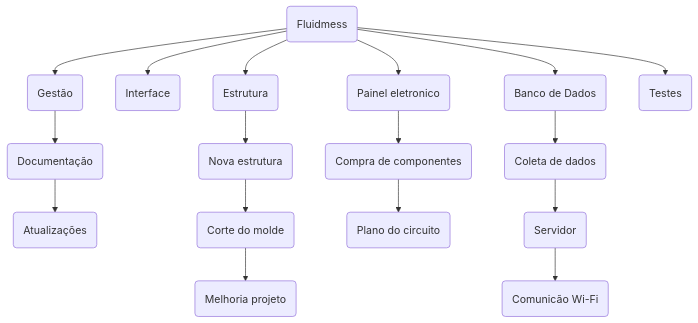
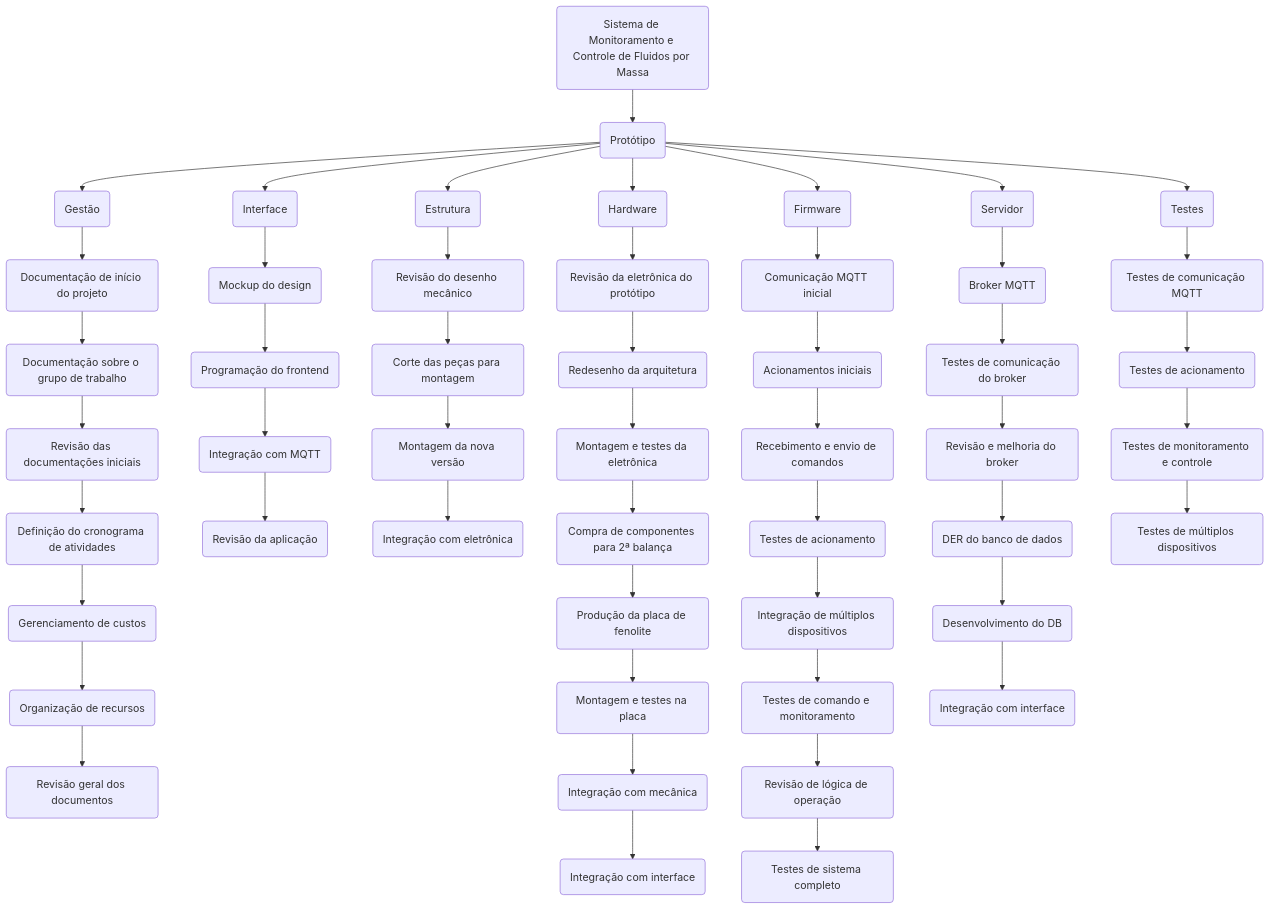
Before and after one commit to marcilioc/fluidmess: the diagram in gestao/04_EAP.md, drawn with Mermaid.

Commit message:
Revisão da EAP

````diff
--- a/gestao/04_EAP.md
+++ b/gestao/04_EAP.md
@@ -1,47 +1,118 @@
 ```mermaid
 graph TD;
-    A(Fluidmess)
+    A(Sistema de Monitoramento e Controle de Fluidos por Massa)
+    A1(Protótipo)
 
     B(Gestão)
-    B1(Documentação)
-    B2(Atualizações)
+    B1(Documentação de início do projeto)
+    B2(Documentação sobre o grupo de trabalho)
+    B3(Revisão das documentações iniciais)
+    B4(Definição do cronograma de atividades)
+    B5(Gerenciamento de custos)
+    B6(Organização de recursos)
+    B7(Revisão geral dos documentos)
 
     C(Interface)
+    C1(Mockup do design)
+    C2(Programação do frontend)
+    C3(Integração com MQTT)
+    C4(Revisão da aplicação)
 
     D(Estrutura)
-    D1(Nova estrutura)
-    D2(Corte do molde)
-    D3(Melhoria projeto)
+    D1(Revisão do desenho mecânico)
+    D2(Corte das peças para montagem)
+    D3(Montagem da nova versão)
+    D4(Integração com eletrônica)
 
-    E(Painel eletronico)
-    E1(Compra de componentes)
-    E2(Plano do circuito)
+    E(Hardware)
+    E1(Revisão da eletrônica do protótipo)
+    E2(Redesenho da arquitetura)
+    E3(Montagem e testes da eletrônica)
+    E4(Compra de componentes para 2ª balança)
+    E5(Produção da placa de fenolite)
+    E6(Montagem e testes na placa)
+    E7(Integração com mecânica)
+    E8(Integração com interface)
 
-    F(Banco de Dados)
-    F1(Coleta de dados)
-    F2(Servidor)
-    F3(Comunicão Wi-Fi)
+    F(Firmware)
+    F1(Comunicação MQTT inicial)
+    F2(Acionamentos iniciais)
+    F3(Recebimento e envio de comandos)
+    F4(Testes de acionamento)
+    F5(Integração de múltiplos dispositivos)
+    F6(Testes de comando e monitoramento)
+    F7(Revisão de lógica de operação)
+    F8(Testes de sistema completo)
 
-    G(Testes)
+    G(Servidor)
+    G1(Broker MQTT)
+    G2(Testes de comunicação do broker)
+    G3(Revisão e melhoria do broker)
+    G4(DER do banco de dados)
+    G5(Desenvolvimento do DB)
+    G6(Integração com interface)
 
-    A-->B
-    A-->C
-    A-->D
-    A-->E
-    A-->F
-    A-->G
+    H(Testes)
+    H1(Testes de comunicação MQTT)
+    H2(Testes de acionamento)
+    H3(Testes de monitoramento e controle)
+    H4(Testes de múltiplos dispositivos)
+
+    A --> A1
+
+    A1 --> B
+    A1 --> C
+    A1 --> D
+    A1 --> E
+    A1 --> F
+    A1 --> G
+    A1 --> H
 
     B --> B1
     B1 --> B2
+    B2 --> B3
+    B3 --> B4
+    B4 --> B5
+    B5 --> B6
+    B6 --> B7
 
-    D--> D1
+    C --> C1
+    C1 --> C2
+    C2 --> C3
+    C3 --> C4
+
+    D --> D1
     D1 --> D2
-    D2--> D3
+    D2 --> D3
+    D3 --> D4
 
-    E--> E1
-    E1--> E2
+    E --> E1
+    E1 --> E2
+    E2 --> E3
+    E3 --> E4
+    E4 --> E5
+    E5 --> E6
+    E6 --> E7
+    E7 --> E8
     
-    F--> F1
-    F1--> F2
+    F --> F1
+    F1 --> F2
     F2 --> F3
+    F3 --> F4
+    F4 --> F5
+    F5 --> F6
+    F6 --> F7
+    F7 --> F8
+
+    G --> G1
+    G1 --> G2
+    G2 --> G3
+    G3 --> G4
+    G4 --> G5
+    G5 --> G6
+
+    H --> H1
+    H1 --> H2
+    H2 --> H3
+    H3 --> H4
 ```
````
